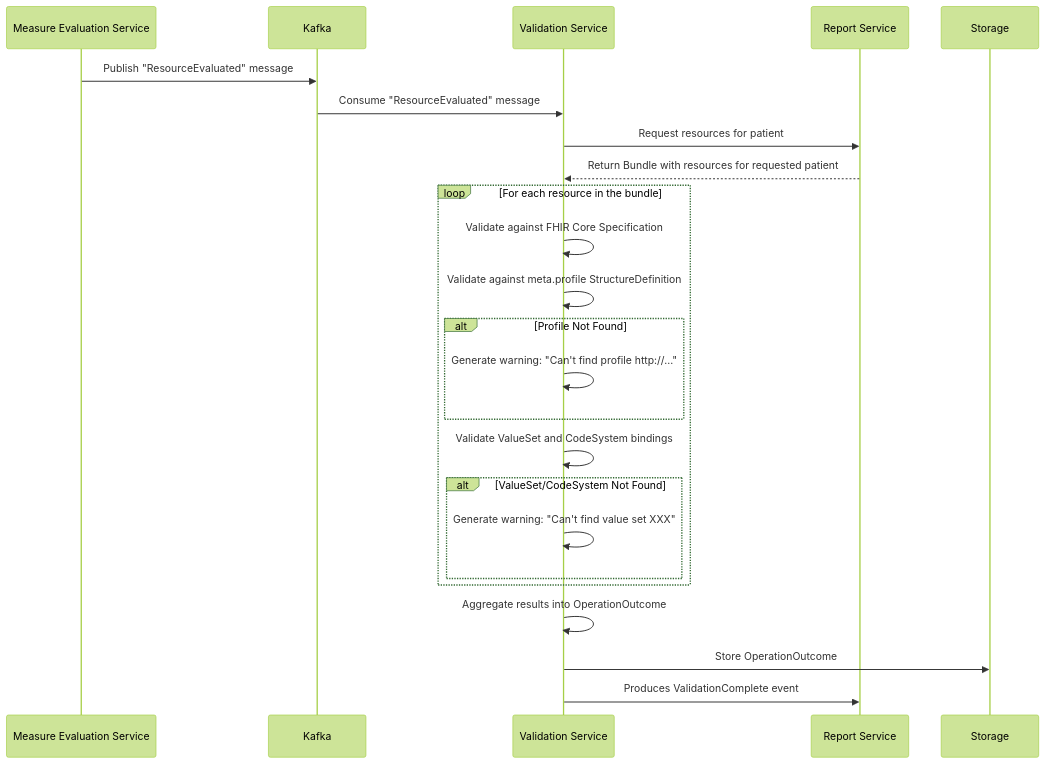
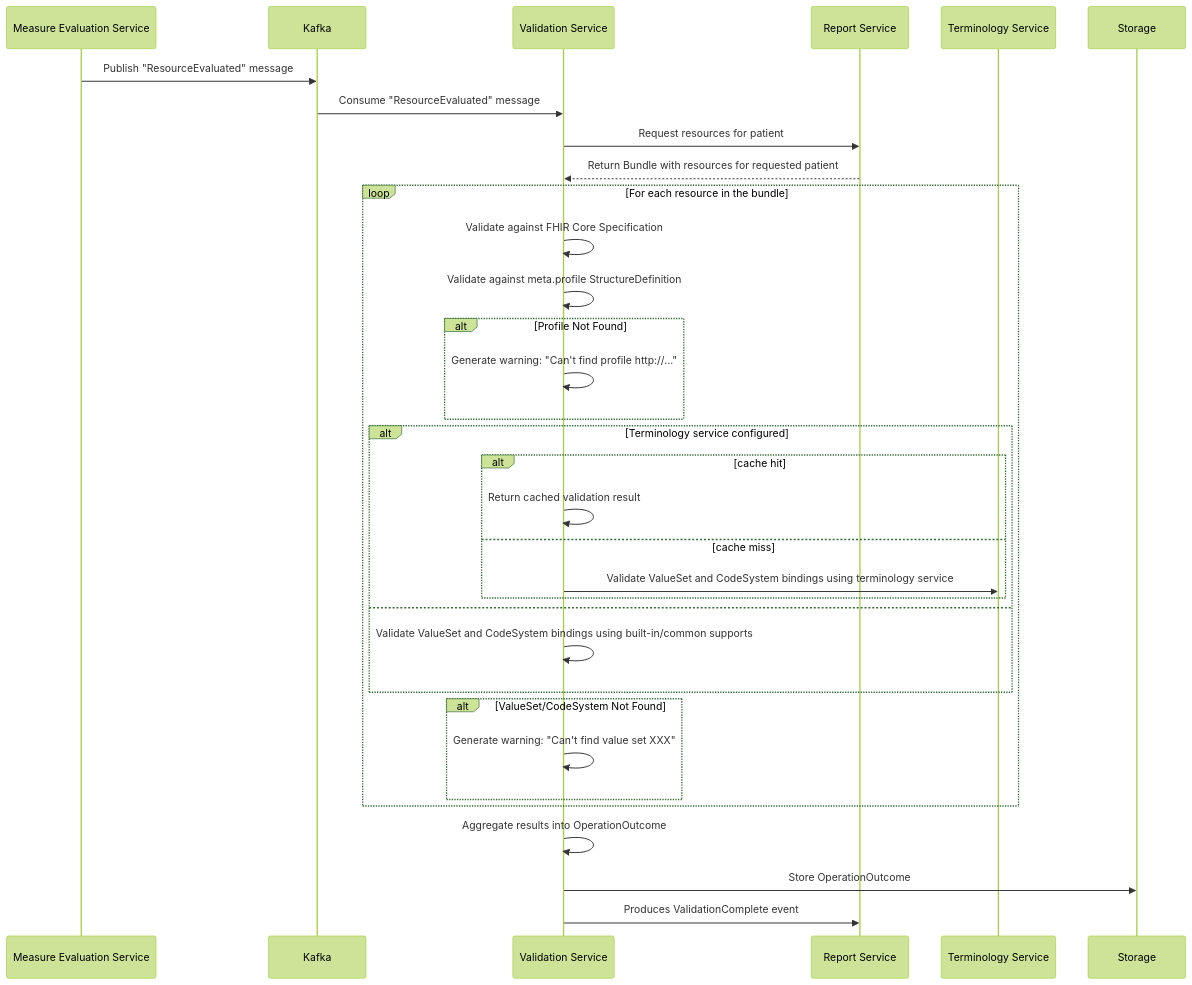
Before and after one commit to lantanagroup/link-cloud: the diagram in docs/domains/Compliance/services/ValidationService/index.mdx, drawn with Mermaid (forest theme). The commit also changed other lines of this file and 63 other files, not shown here.

````diff
--- a/docs/domains/Compliance/services/ValidationService/index.mdx
+++ b/docs/domains/Compliance/services/ValidationService/index.mdx
@@ -176,26 +186,35 @@
 ```mermaid
 sequenceDiagram
     participant MES as Measure Evaluation Service
     participant Kafka as Kafka
     participant VS as Validation Service
     participant RS as Report Service
+    participant TX as Terminology Service
 
     MES->>Kafka: Publish "ResourceEvaluated" message
     Kafka->>VS: Consume "ResourceEvaluated" message
     VS->>RS: Request resources for patient
     RS-->>VS: Return Bundle with resources for requested patient
     loop For each resource in the bundle
         VS->>VS: Validate against FHIR Core Specification
         VS->>VS: Validate against meta.profile StructureDefinition
         alt Profile Not Found
             VS->>VS: Generate warning: "Can't find profile http://..."
         end
-        VS->>VS: Validate ValueSet and CodeSystem bindings
+        alt Terminology service configured
+            alt cache hit
+                VS->>VS: Return cached validation result
+            else cache miss
+                VS->>TX: Validate ValueSet and CodeSystem bindings using terminology service
+            end
+        else
+            VS->>VS: Validate ValueSet and CodeSystem bindings using built-in/common supports
+        end
         alt ValueSet/CodeSystem Not Found
             VS->>VS: Generate warning: "Can't find value set XXX"
         end
     end
     VS->>VS: Aggregate results into OperationOutcome
     VS->>Storage: Store OperationOutcome
     VS->>RS: Produces ValidationComplete event
 ```
````
